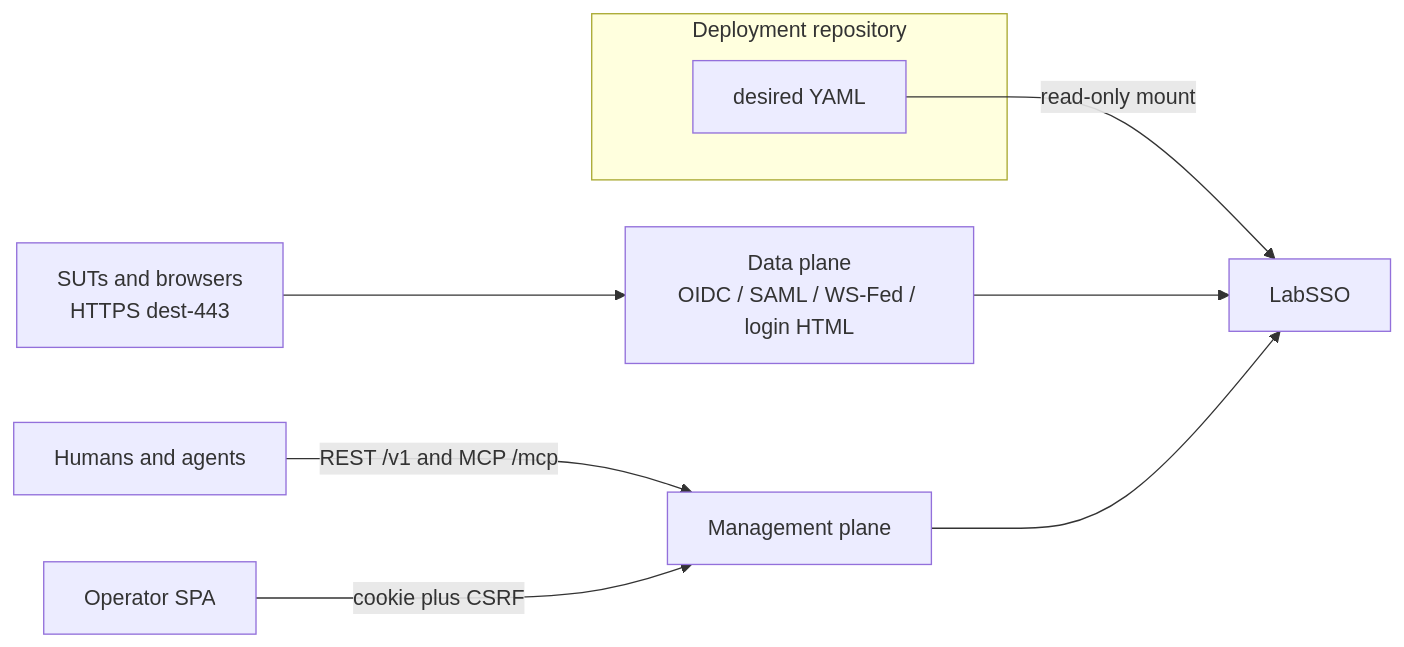
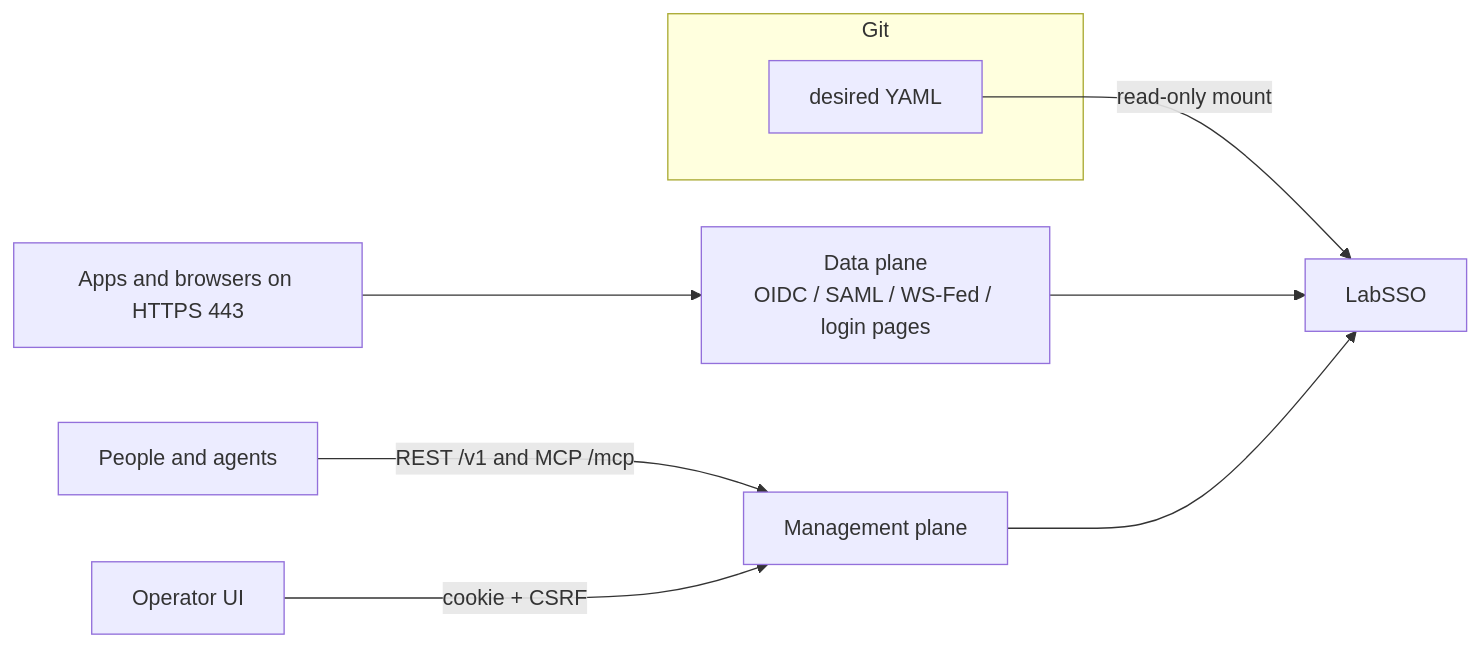
The diagram in README.md (hilather/go-lab-sso), drawn with Mermaid before and after one commit. The commit also changed other lines of this file and 1 other file, not shown here.

Commit message:
docs: rewrite README and add operator user guide

````diff
--- a/README.md
+++ b/README.md
@@ -38,12 +42,12 @@
 ```mermaid
 flowchart LR
-  subgraph git [Deployment repository]
+  subgraph git [Git]
     YAML[desired YAML]
   end
   YAML -->|read-only mount| LabSSO
-  SUTs[SUTs and browsers<br/>HTTPS dest-443] --> Data[Data plane<br/>OIDC / SAML / WS-Fed / login HTML]
+  SUTs[Apps and browsers on HTTPS 443] --> Data[Data plane<br/>OIDC / SAML / WS-Fed / login pages]
   Data --> LabSSO
-  Agents[Humans and agents] -->|REST /v1 and MCP /mcp| Mgmt[Management plane]
+  Operators[People and agents] -->|REST /v1 and MCP /mcp| Mgmt[Management plane]
   Mgmt --> LabSSO
-  SPA[Operator SPA] -->|cookie plus CSRF| Mgmt
+  SPA[Operator UI] -->|cookie + CSRF| Mgmt
 ```
````
